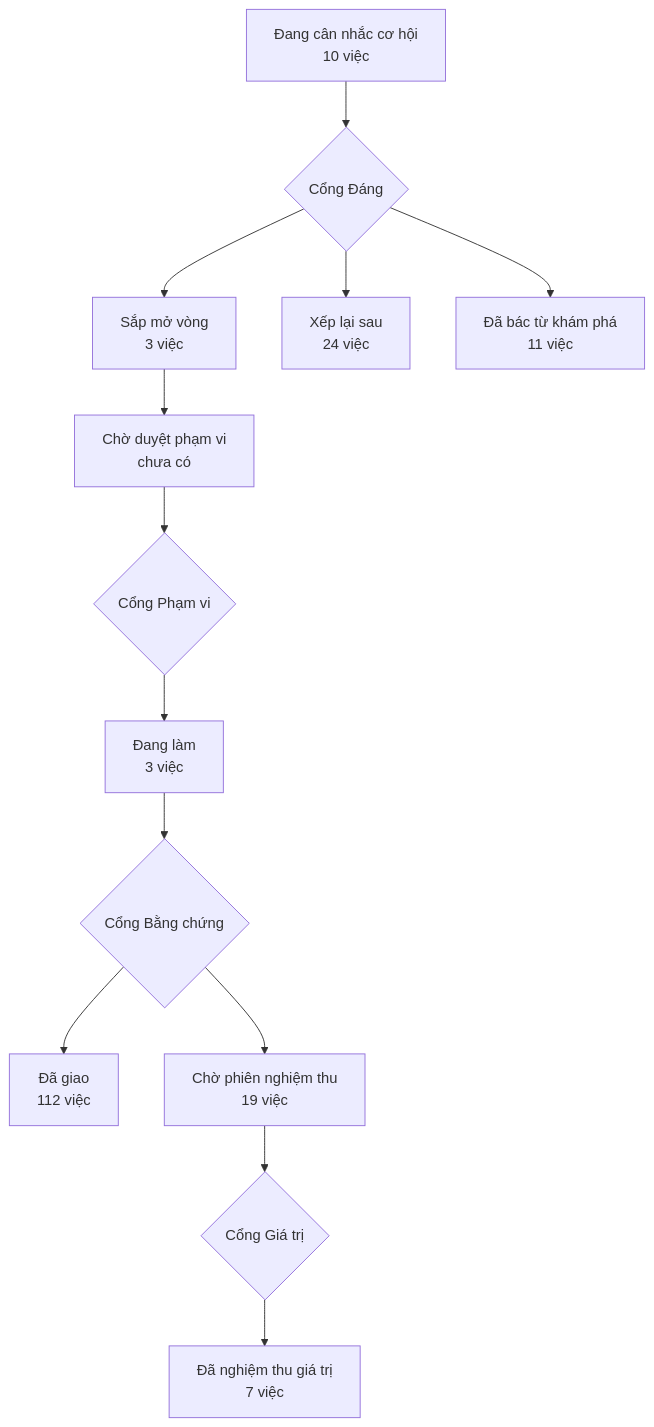
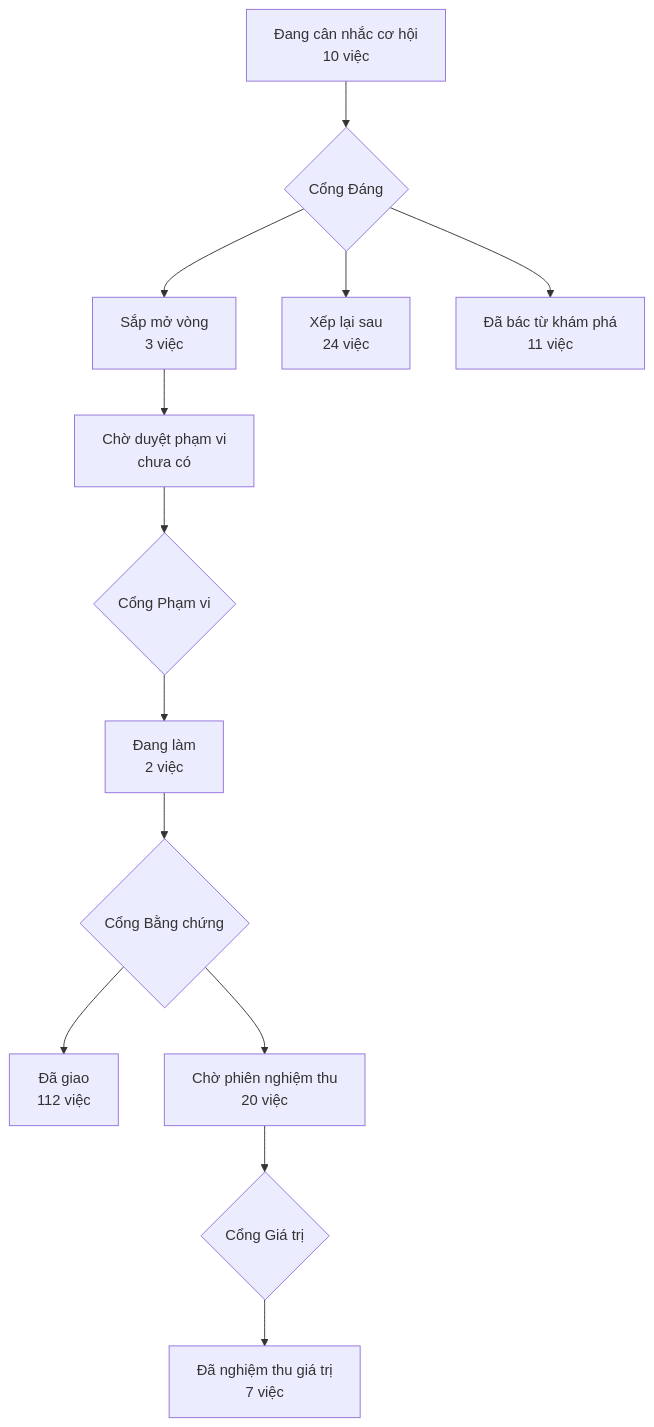
The diagram in PRODUCT-MAP.md (phanlemanh/acceptance-gate-kit), drawn with Mermaid before and after one commit. The commit also changed 6 other files, not shown here.

````diff
--- a/PRODUCT-MAP.md
+++ b/PRODUCT-MAP.md
@@ -7,12 +7,12 @@
 ```mermaid
 flowchart TD
   A["Đang cân nhắc cơ hội<br/>10 việc"] --> GD{"Cổng Đáng"}
   GD --> B["Sắp mở vòng<br/>3 việc"]
   GD --> XL["Xếp lại sau<br/>24 việc"]
   GD --> DB["Đã bác từ khám phá<br/>11 việc"]
   B --> CD["Chờ duyệt phạm vi<br/>chưa có"] --> GP{"Cổng Phạm vi"}
-  GP --> DL["Đang làm<br/>3 việc"] --> GB{"Cổng Bằng chứng"}
+  GP --> DL["Đang làm<br/>2 việc"] --> GB{"Cổng Bằng chứng"}
   GB --> DG["Đã giao<br/>112 việc"]
-  GB --> CN["Chờ phiên nghiệm thu<br/>19 việc"] --> GG{"Cổng Giá trị"}
+  GB --> CN["Chờ phiên nghiệm thu<br/>20 việc"] --> GG{"Cổng Giá trị"}
   GG --> NT["Đã nghiệm thu giá trị<br/>7 việc"]
 ```
````
